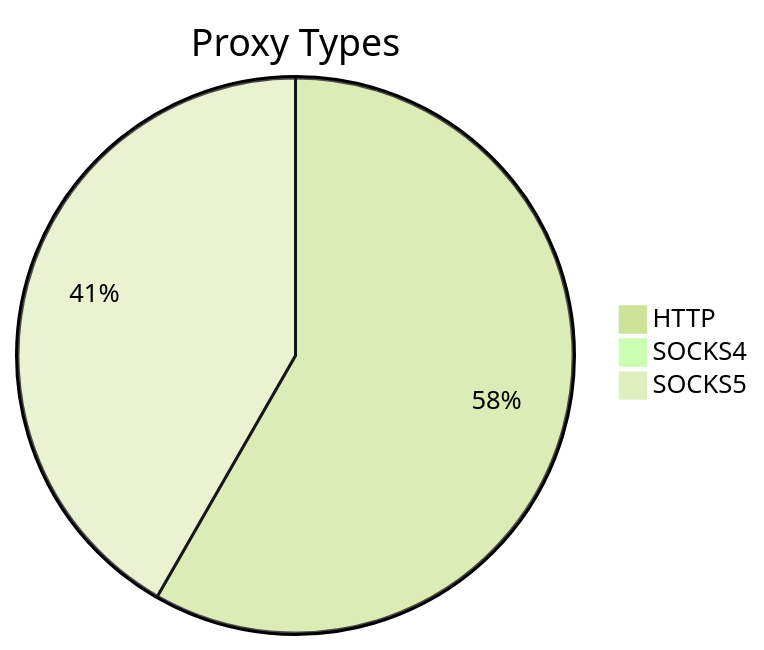
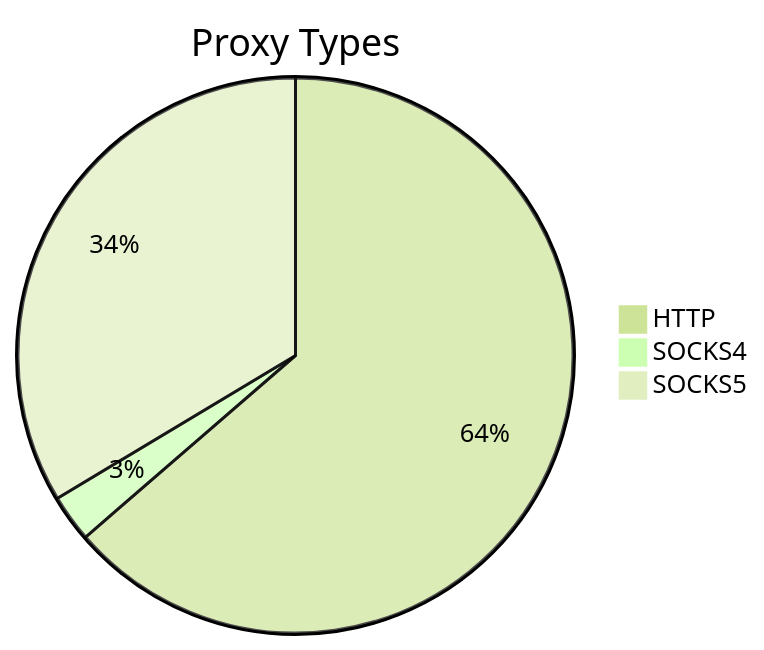
The first of 2 diagrams in README.md (stormsia/proxy-list), drawn with Mermaid (forest theme) before and after one commit. The commit also changed other lines of this file, not shown here.

````diff
--- a/README.md
+++ b/README.md
@@ -21,6 +21,6 @@
 ```mermaid
 pie title Proxy Types
-    "HTTP" : 1586
-    "SOCKS4" : 27
-    "SOCKS5" : 1135
+    "HTTP" : 1688
+    "SOCKS4" : 73
+    "SOCKS5" : 891
 ```
````
